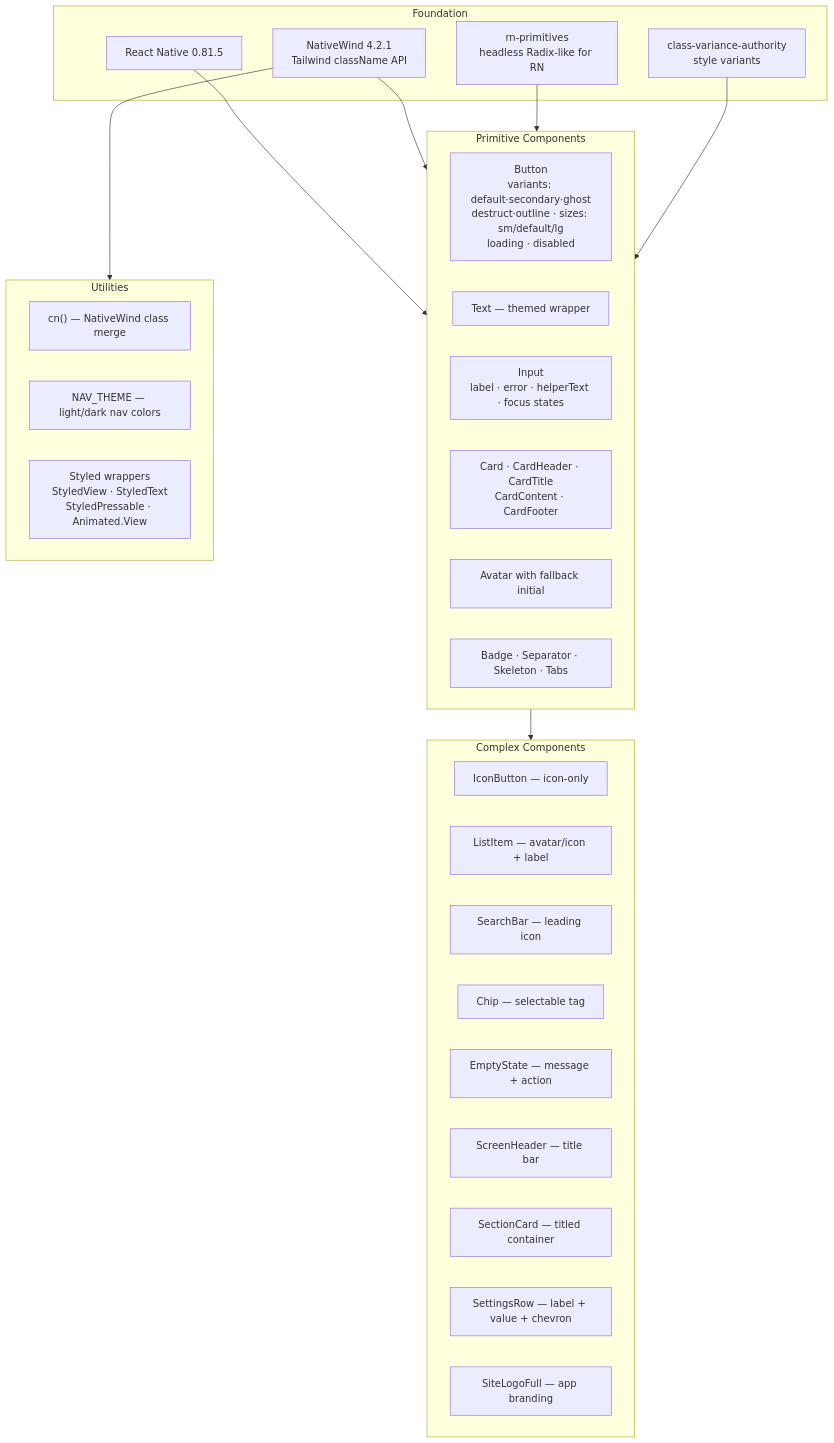
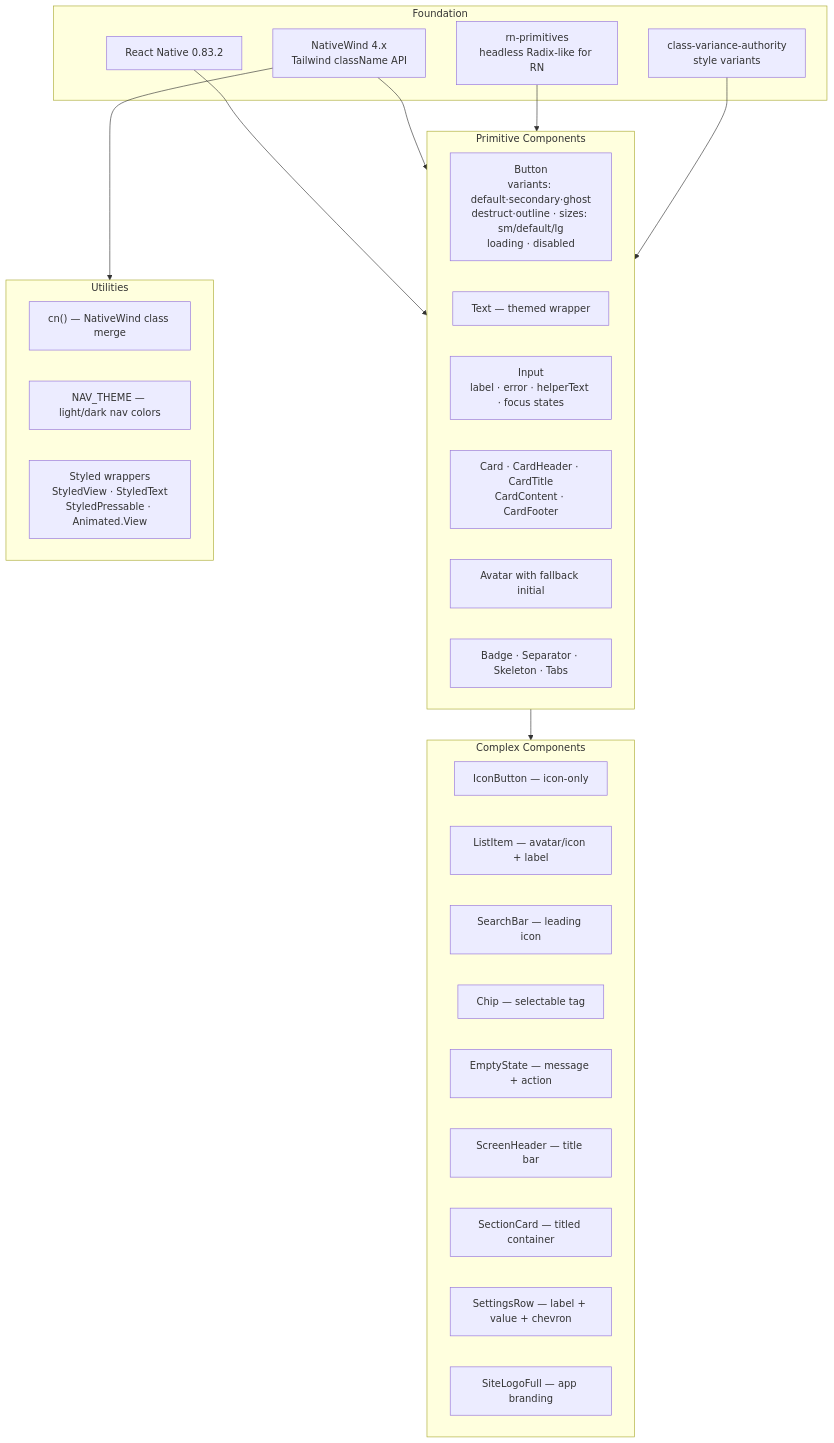
One commit to heidisoft/iconicedu-monorepo changed diagram 12 of 20 in docs/architecture/diagrams.md. Above: the diagram before and after it, drawn with Mermaid. The commit also changed other lines of this file and 3 other files, not shown here.

First line of the commit message:
Update architecture docs and DB migrations

````diff
--- a/docs/architecture/diagrams.md
+++ b/docs/architecture/diagrams.md
@@ -1193,43 +1193,43 @@
 ```mermaid
 graph TD
     subgraph Foundation["Foundation"]
-        RN["React Native 0.81.5"]
-        NW["NativeWind 4.2.1\nTailwind className API"]
+        RN["React Native 0.83.2"]
+        NW["NativeWind 4.x\nTailwind className API"]
         RNP["rn-primitives\nheadless Radix-like for RN"]
         CVA["class-variance-authority\nstyle variants"]
     end
 
     subgraph Primitives["Primitive Components"]
         BTN["Button\nvariants: default·secondary·ghost\ndestruct·outline · sizes: sm/default/lg\nloading · disabled"]
         TXT["Text — themed wrapper"]
         INP["Input\nlabel · error · helperText · focus states"]
         CARD["Card · CardHeader · CardTitle\nCardContent · CardFooter"]
         AV["Avatar with fallback initial"]
         MISC["Badge · Separator · Skeleton · Tabs"]
     end
 
     subgraph Complex["Complex Components"]
         ICONBTN["IconButton — icon-only"]
         LISTITEM["ListItem — avatar/icon + label"]
         SEARCH["SearchBar — leading icon"]
         CHIP["Chip — selectable tag"]
         EMPTY["EmptyState — message + action"]
         SCREENHEAD["ScreenHeader — title bar"]
         SECTCARD["SectionCard — titled container"]
         SETROW["SettingsRow — label + value + chevron"]
         LOGO["SiteLogoFull — app branding"]
     end
 
     subgraph Utils["Utilities"]
         CN["cn() — NativeWind class merge"]
         NAV_T["NAV_THEME — light/dark nav colors"]
         STYLED["Styled wrappers\nStyledView · StyledText\nStyledPressable · Animated.View"]
     end
 
     RN --> Primitives
     NW --> Primitives
     RNP --> Primitives
     CVA --> Primitives
     Primitives --> Complex
     NW --> Utils
 ```
````
